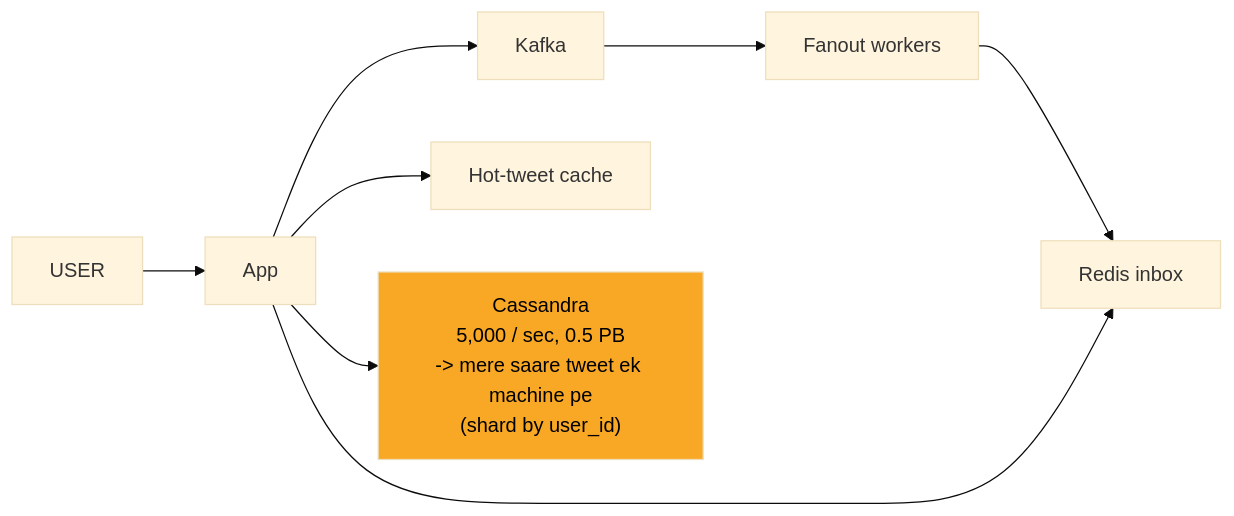
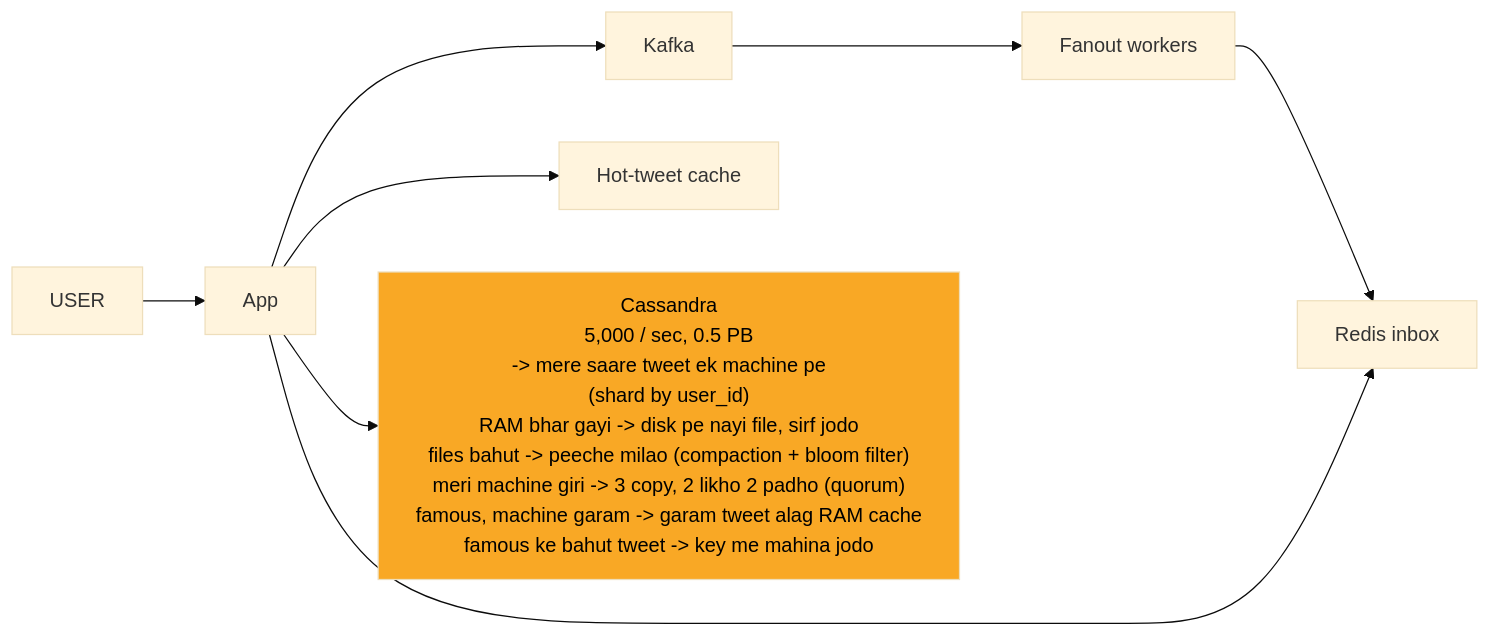
One commit to ArpanMaheshwari144/Prep changed the seventh of 12 diagrams in 04_HLD/SYSTEM_DESIGNS/03_twitter_feed/03_twitter_feed.md. Above: the diagram before and after it, drawn with Mermaid (base theme). The commit also changed other lines of this file and 12 other files, not shown here.

Commit message:
hld 02-14: peele dabbe me SAFAR ke mod + diagram chauda (wrappingWidth 450)

````diff
--- a/04_HLD/SYSTEM_DESIGNS/03_twitter_feed/03_twitter_feed.md
+++ b/04_HLD/SYSTEM_DESIGNS/03_twitter_feed/03_twitter_feed.md
@@ -301,18 +307,19 @@
 ```mermaid
+%%{init: {"flowchart": {"wrappingWidth": 450}}}%%
 flowchart LR
     n_USER["USER"]
     n_App["App"]
     n_Kafka["Kafka"]
     n_Fanout_workers["Fanout workers"]
     n_Redis_inbox["Redis inbox"]
     n_Hot_tweet_cache["Hot-tweet cache"]
-    n_Cassandra["Cassandra<br/>5,000 / sec, 0.5 PB<br/>-> mere saare tweet ek machine pe<br/>(shard by user_id)"]
+    n_Cassandra["Cassandra<br/>5,000 / sec, 0.5 PB<br/>-> mere saare tweet ek machine pe<br/>(shard by user_id)<br/>RAM bhar gayi -> disk pe nayi file, sirf jodo<br/>files bahut -> peeche milao (compaction + bloom filter)<br/>meri machine giri -> 3 copy, 2 likho 2 padho (quorum)<br/>famous, machine garam -> garam tweet alag RAM cache<br/>famous ke bahut tweet -> key me mahina jodo"]
     n_USER --> n_App
     n_App --> n_Kafka
     n_App --> n_Hot_tweet_cache
     n_App --> n_Cassandra
     n_Kafka --> n_Fanout_workers
     n_Fanout_workers --> n_Redis_inbox
     n_App --> n_Redis_inbox
     style n_Cassandra fill:#f9a825,color:#000
 ```
````
